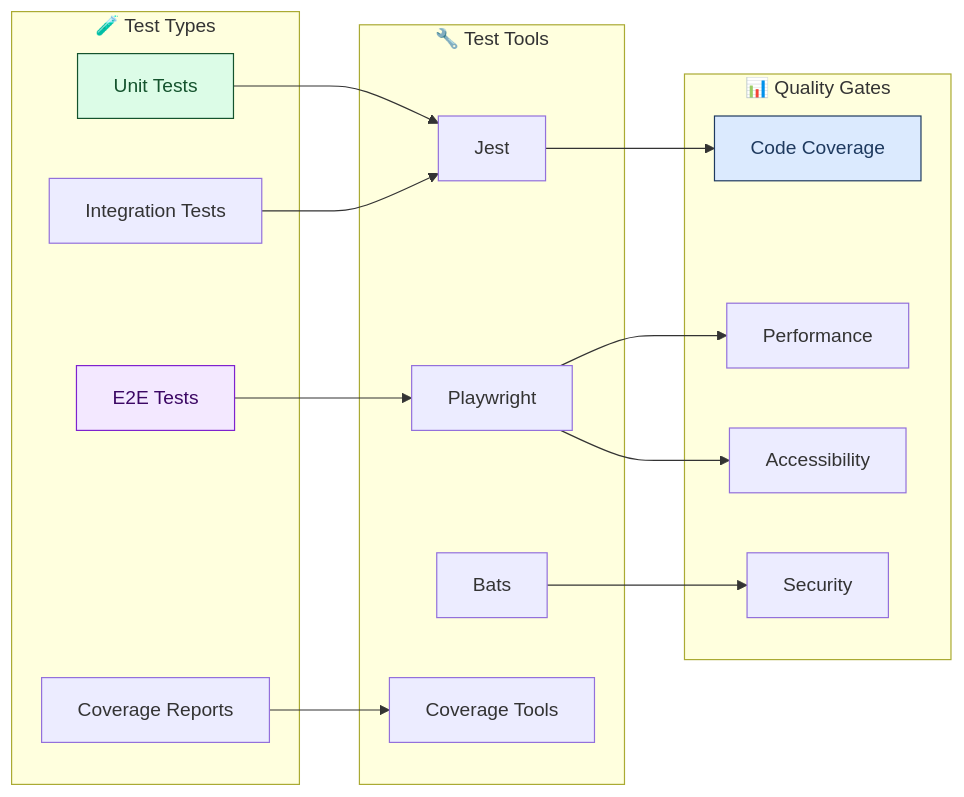
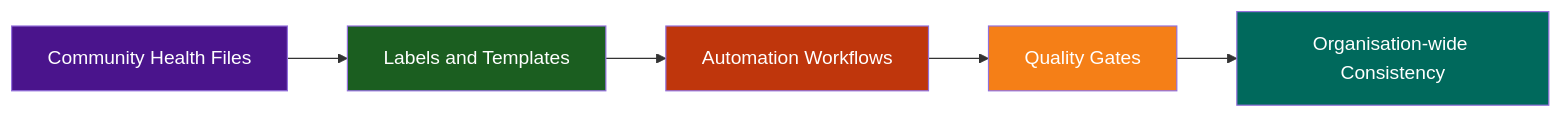
The first of 2 diagrams in README.md (lightspeedwp/.github), drawn with Mermaid before and after one commit. The commit also changed other lines of this file and 82 other files, not shown here.

````diff
--- a/README.md
+++ b/README.md
@@ -467,39 +72,13 @@
 ```mermaid
-flowchart LR
-accTitle: "Testing architecture and quality gates"
-accDescr: "Testing architecture showing test types, tools, and quality gates with relationships between unit tests, integration tests, end-to-end tests, and coverage reporting through Jest, Playwright, Bats, and coverage tools."
-    subgraph "🧪 Test Types"
-        A[Unit Tests]
-        B[Integration Tests]
-        C[E2E Tests]
-        D[Coverage Reports]
-    end
+graph LR
+    A["Community Health Files"] --> B["Labels and Templates"]
+    B --> C["Automation Workflows"]
+    C --> D["Quality Gates"]
+    D --> E["Organisation-wide Consistency"]
 
-    subgraph "🔧 Test Tools"
-        E[Jest]
-        F[Playwright]
-        G[Bats]
-        H[Coverage Tools]
-    end
-
-    subgraph "📊 Quality Gates"
-        I[Code Coverage]
-        J[Performance]
-        K[Accessibility]
-        L[Security]
-    end
-
-    A --> E
-    B --> E
-    C --> F
-    D --> H
-
-    E --> I
-    F --> J
-    F --> K
-    G --> L
-
-    style A fill:#dcfce7,color:#14532d,stroke:#14532d
-    style C fill:#f3e8ff,color:#3b0764,stroke:#7e22ce
-    style I fill:#dbeafe,color:#1e3a5f,stroke:#1e3a5f
+    style A fill:#4a148c,color:#fff
+    style B fill:#1b5e20,color:#fff
+    style C fill:#bf360c,color:#fff
+    style D fill:#f57f17,color:#fff
+    style E fill:#00695c,color:#fff
 ```
````
